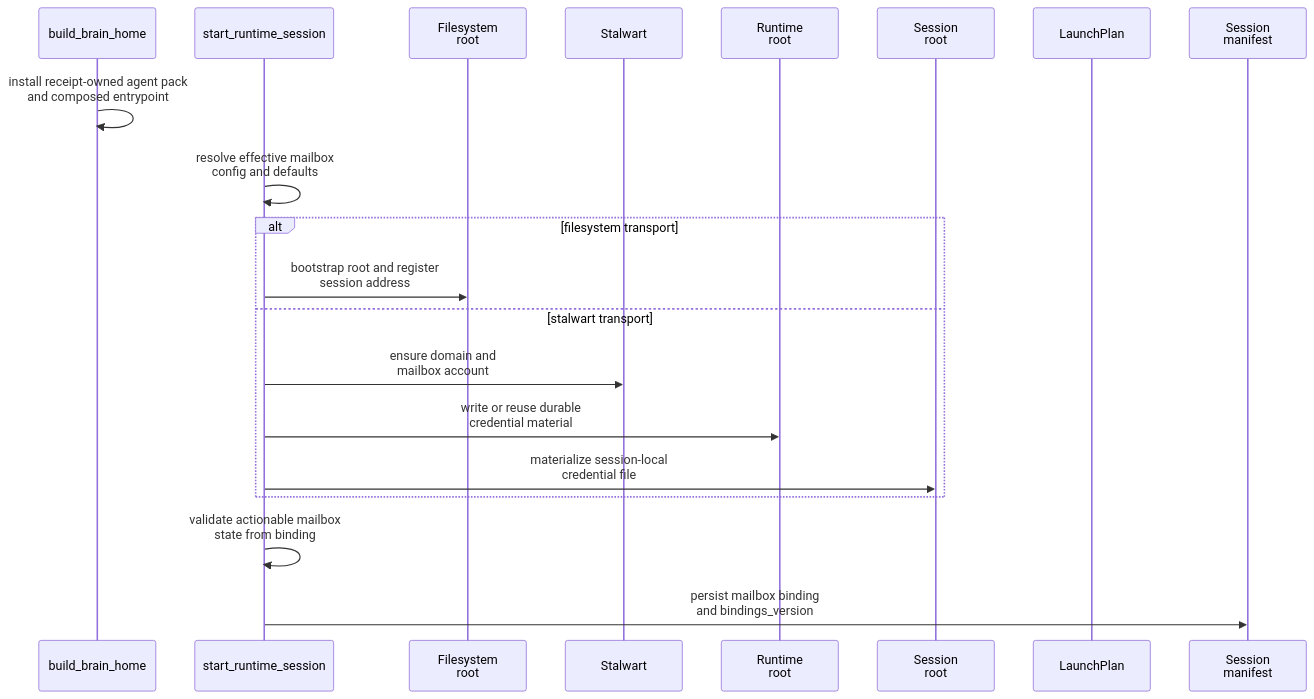
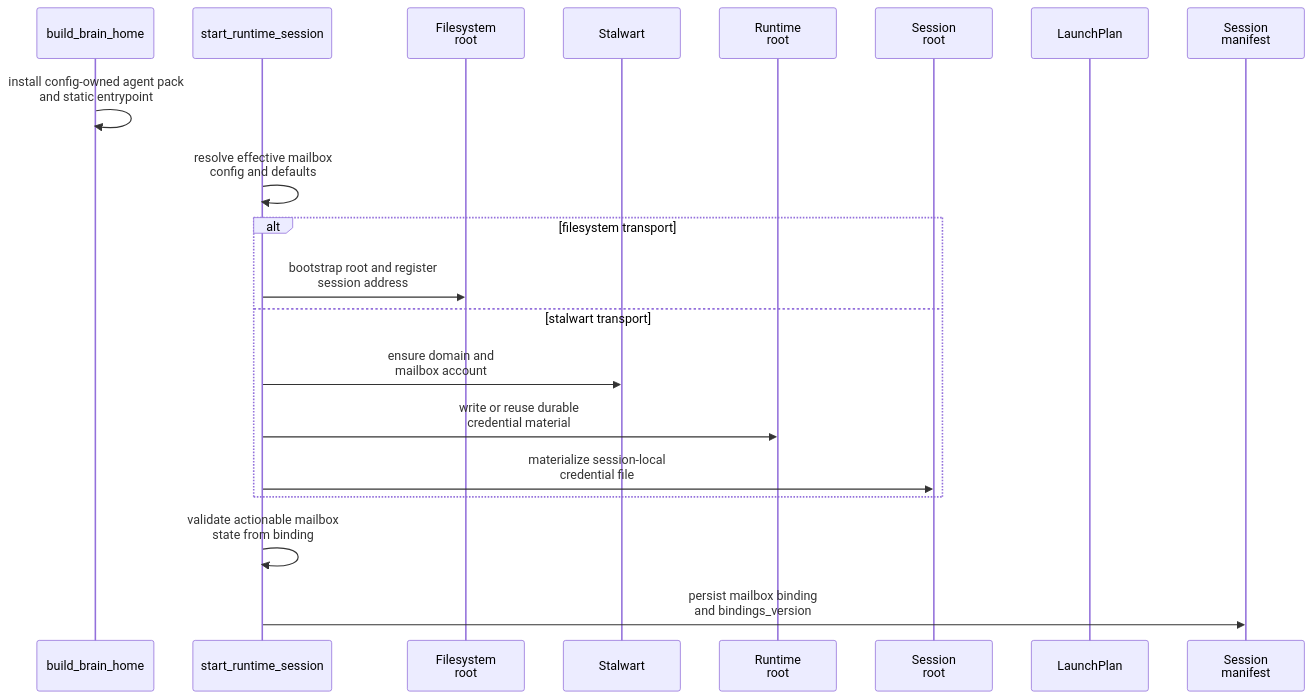
Before and after one commit to igamenovoer/houmao: the diagram in docs/reference/mailbox/internals/runtime-integration.md, drawn with Mermaid. The commit also changed other lines of this file and 138 other files, not shown here.

````diff
--- a/docs/reference/mailbox/internals/runtime-integration.md
+++ b/docs/reference/mailbox/internals/runtime-integration.md
@@ -39,22 +39,22 @@
 ```mermaid
 sequenceDiagram
     participant Bld as build_brain_home
     participant RT as start_runtime_session
     participant FS as Filesystem<br/>root
     participant SW as Stalwart
     participant RR as Runtime<br/>root
     participant SR as Session<br/>root
     participant LP as LaunchPlan
     participant Man as Session<br/>manifest
-    Bld->>Bld: install receipt-owned agent pack<br/>and composed entrypoint
+    Bld->>Bld: install config-owned agent pack<br/>and static entrypoint
     RT->>RT: resolve effective mailbox<br/>config and defaults
     alt filesystem transport
         RT->>FS: bootstrap root and register<br/>session address
     else stalwart transport
         RT->>SW: ensure domain and<br/>mailbox account
         RT->>RR: write or reuse durable<br/>credential material
         RT->>SR: materialize session-local<br/>credential file
     end
     RT->>RT: validate actionable mailbox<br/>state from binding
     RT->>Man: persist mailbox binding<br/>and bindings_version
 ```
````
